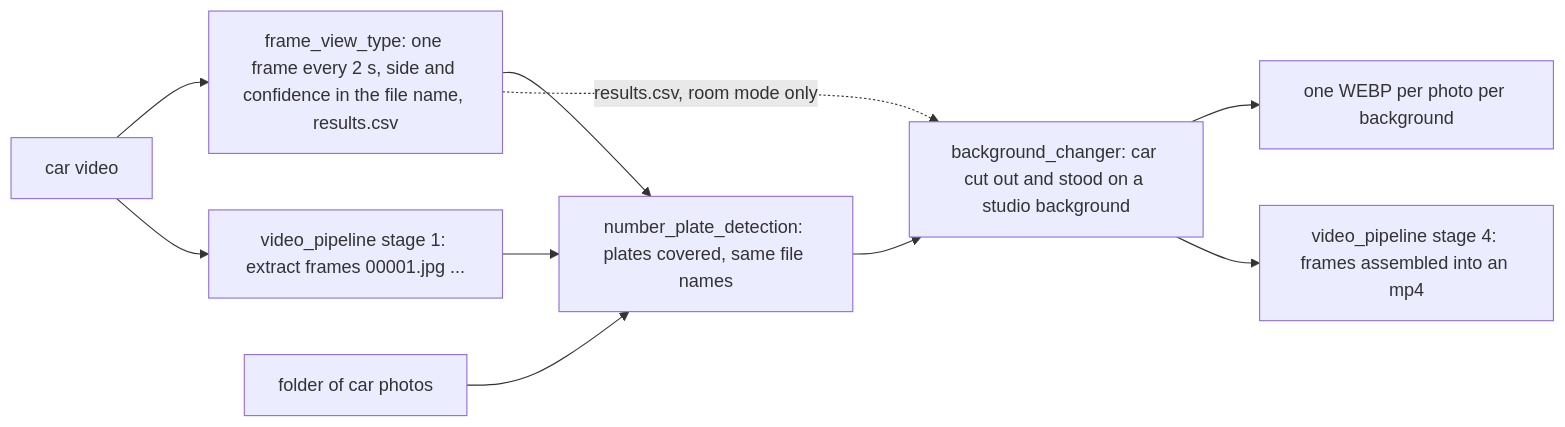
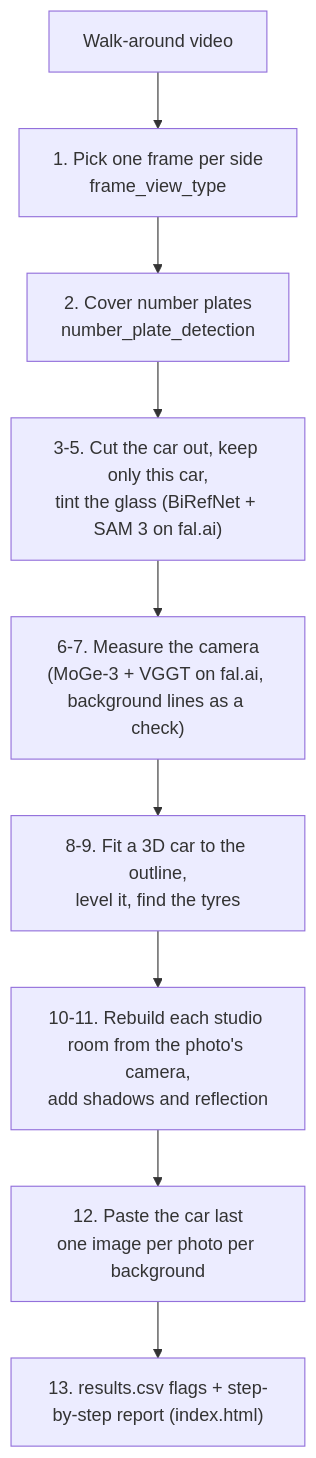
The diagram in docs/README.md (Venkat-Harish/car_bg_changer_v2), drawn with Mermaid before and after one commit. The commit also changed other lines of this file and 77 other files, not shown here.

Commit message:
Hosted redaction pass, glass tint/camera updates, docs reorganised, e2e steps script

````diff
--- a/docs/README.md
+++ b/docs/README.md
@@ -7,12 +33,11 @@
 ```mermaid
-flowchart LR
-  V["car video"] --> F["frame_view_type: one frame every 2 s, side and confidence in the file name, results.csv"]
-  V --> X["video_pipeline stage 1: extract frames 00001.jpg ..."]
-  F --> P["number_plate_detection: plates covered, same file names"]
-  X --> P
-  C["folder of car photos"] --> P
-  P --> B["background_changer: car cut out and stood on a studio background"]
-  F -.->|"results.csv, room mode only"| B
-  B --> W["one WEBP per photo per background"]
-  B --> A["video_pipeline stage 4: frames assembled into an mp4"]
+flowchart TD
+  V["Walk-around video"] --> S1["1. Pick one frame per side<br/>frame_view_type"]
+  S1 --> S2["2. Cover number plates<br/>number_plate_detection"]
+  S2 --> S3["3-5. Cut the car out, keep only this car,<br/>tint the glass (BiRefNet + SAM 3 on fal.ai)"]
+  S3 --> S6["6-7. Measure the camera<br/>(MoGe-3 + VGGT on fal.ai, background lines as a check)"]
+  S6 --> S8["8-9. Fit a 3D car to the outline,<br/>level it, find the tyres"]
+  S8 --> S10["10-11. Rebuild each studio room from the photo's camera,<br/>add shadows and reflection"]
+  S10 --> S12["12. Paste the car last<br/>one image per photo per background"]
+  S12 --> R["13. results.csv flags + step-by-step report (index.html)"]
 ```
````
